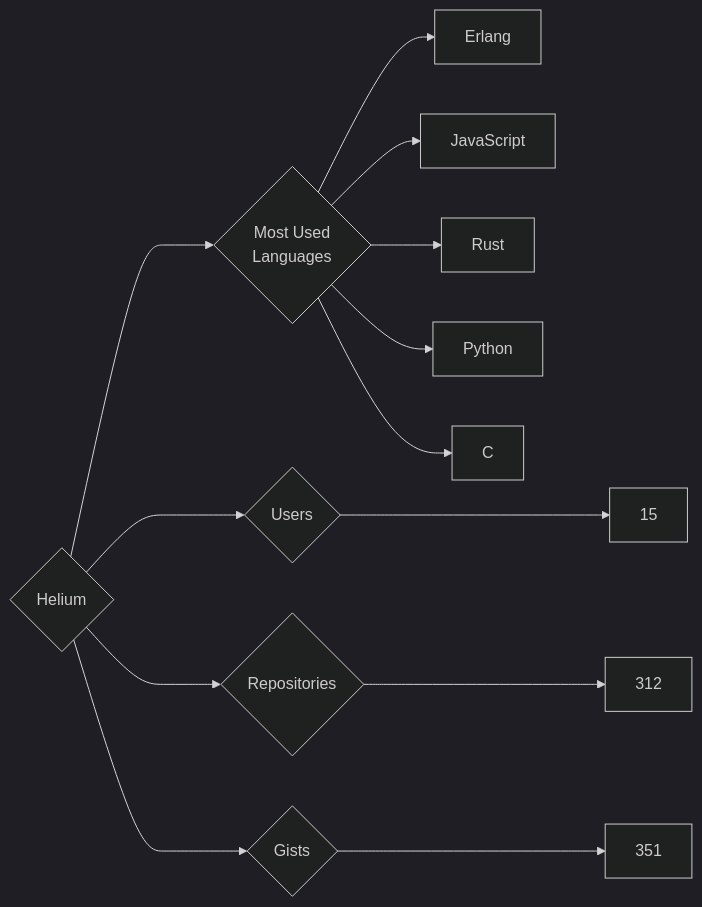
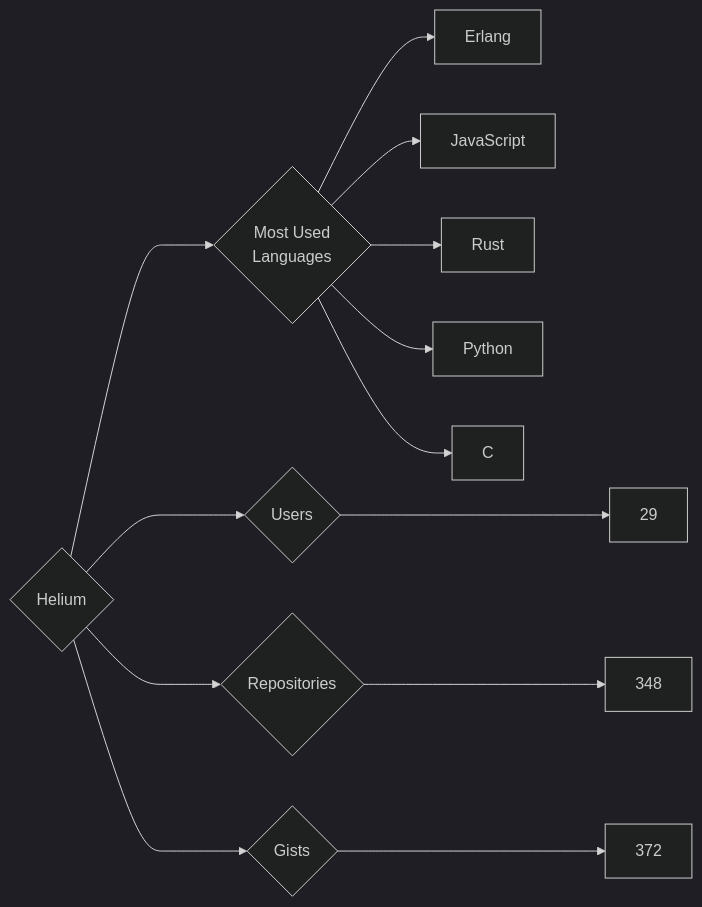
The diagram in targets/Helium/README.md (trickest/insiders), drawn with Mermaid (dark theme) before and after one commit. The commit also changed 736 other files, not shown here.

````diff
--- a/targets/Helium/README.md
+++ b/targets/Helium/README.md
@@ -3,13 +3,13 @@
 ```mermaid
 graph LR
 COMPANY_NAME{Helium}
-COMPANY_NAME ---> U{Users} ---> UN[15]
-COMPANY_NAME ---> R{Repositories} ---> RN[312]
-COMPANY_NAME ---> G{Gists} ---> GN[351]
+COMPANY_NAME ---> U{Users} ---> UN[29]
+COMPANY_NAME ---> R{Repositories} ---> RN[348]
+COMPANY_NAME ---> G{Gists} ---> GN[372]
 COMPANY_NAME ---> ML{Most Used<br>Languages}
 ML --> Erlang[Erlang]
 ML --> JavaScript[JavaScript]
 ML --> Rust[Rust]
 ML --> Python[Python]
 ML --> C[C]
 ```
````
